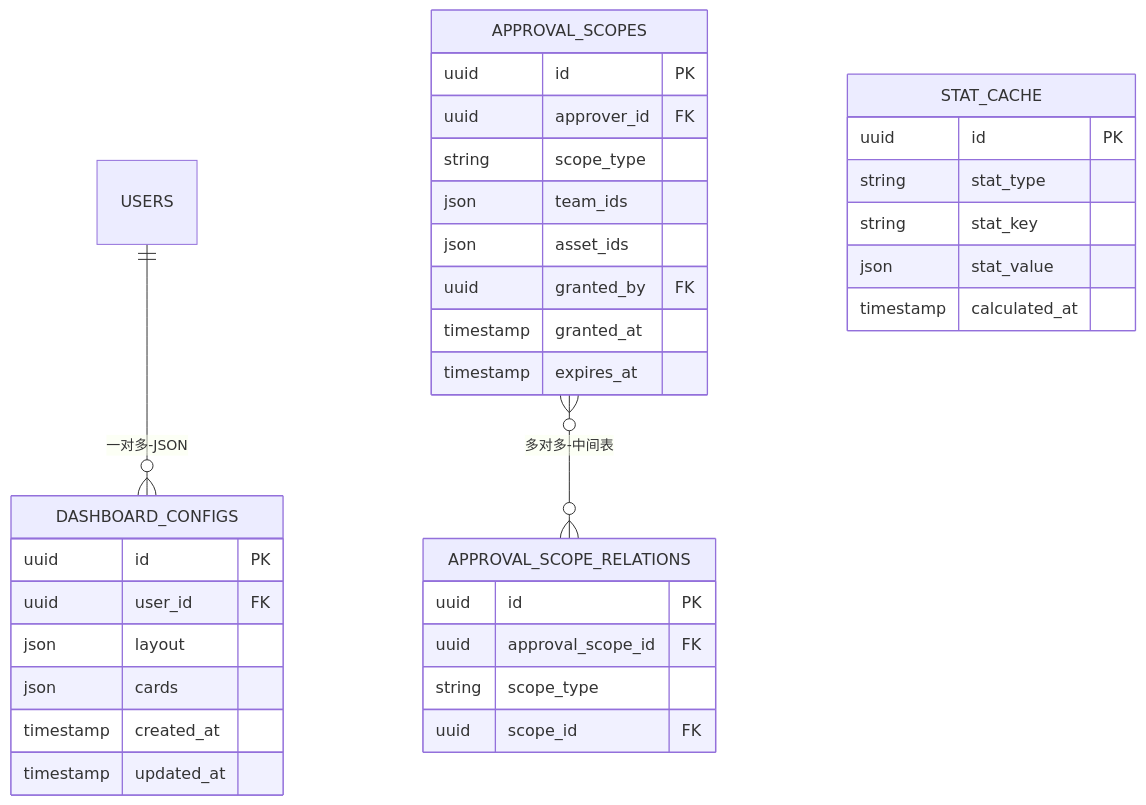
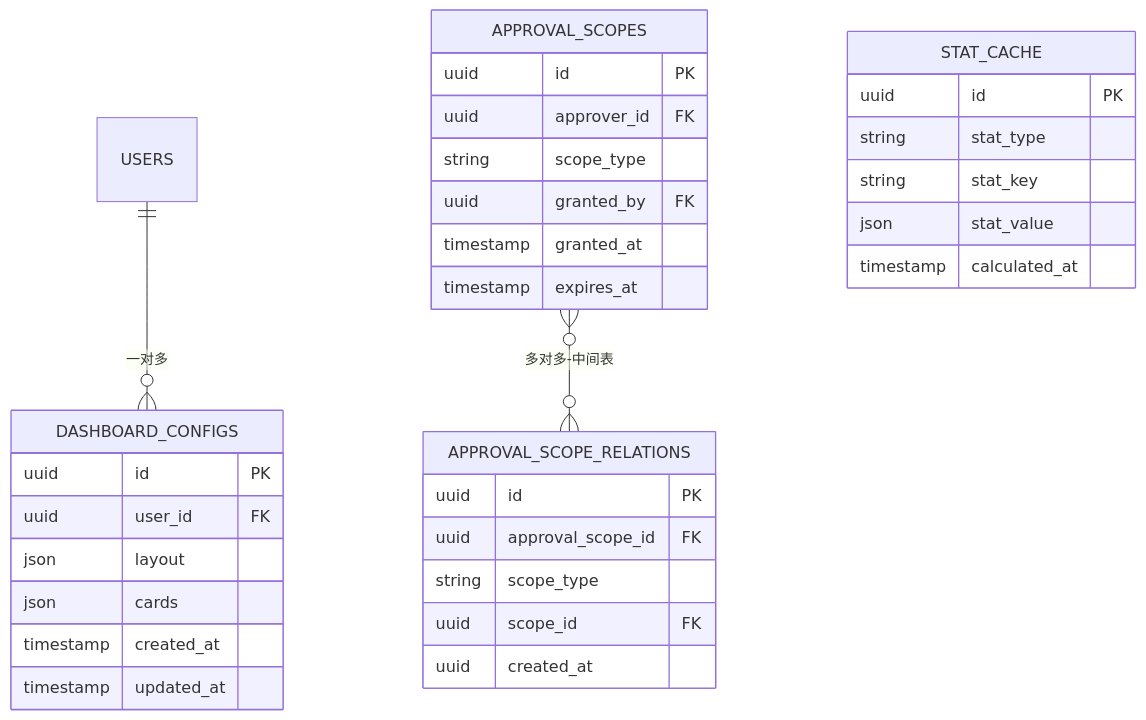
The tenth of 12 diagrams in docs/design/er_diagram.md (dayutech/Vuln-Audit-Lifecycle-Management), drawn with Mermaid before and after one commit. The commit also changed other lines of this file and 11 other files, not shown here.

````diff
--- a/docs/design/er_diagram.md
+++ b/docs/design/er_diagram.md
@@ -628,40 +627,39 @@
 ```mermaid
 erDiagram
-    USERS ||--o{ DASHBOARD_CONFIGS : "一对多-JSON"
+    USERS ||--o{ DASHBOARD_CONFIGS : "一对多"
     APPROVAL_SCOPES }o--o{ APPROVAL_SCOPE_RELATIONS : "多对多-中间表"
     
     DASHBOARD_CONFIGS {
         uuid id PK
         uuid user_id FK
         json layout
         json cards
         timestamp created_at
         timestamp updated_at
     }
     
     APPROVAL_SCOPES {
         uuid id PK
         uuid approver_id FK
         string scope_type
-        json team_ids
-        json asset_ids
         uuid granted_by FK
         timestamp granted_at
         timestamp expires_at
     }
     
     APPROVAL_SCOPE_RELATIONS {
         uuid id PK
         uuid approval_scope_id FK
         string scope_type
         uuid scope_id FK
+        uuid created_at
     }
     
     STAT_CACHE {
         uuid id PK
         string stat_type
         string stat_key
         json stat_value
         timestamp calculated_at
     }
 ```
````
